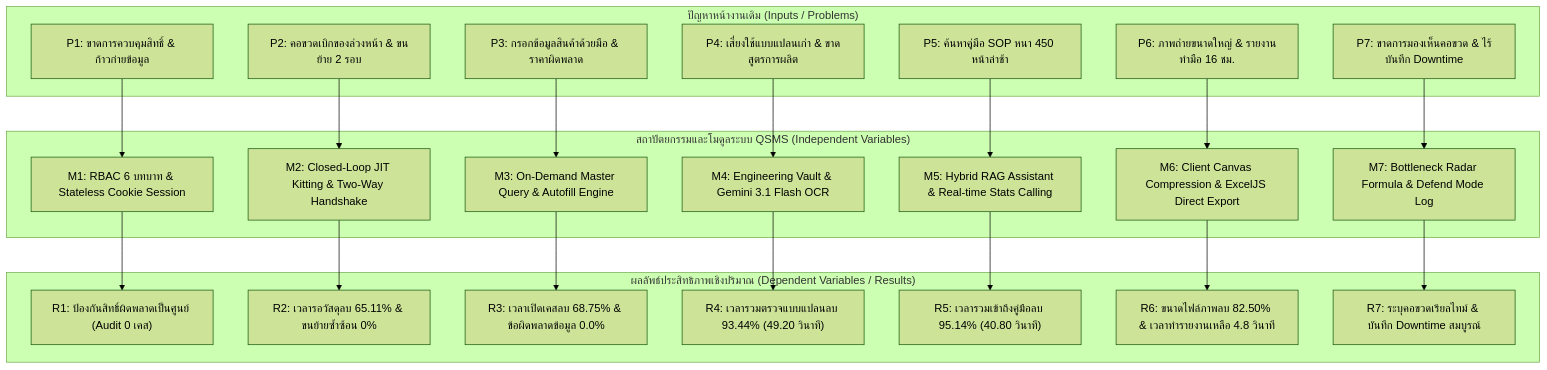
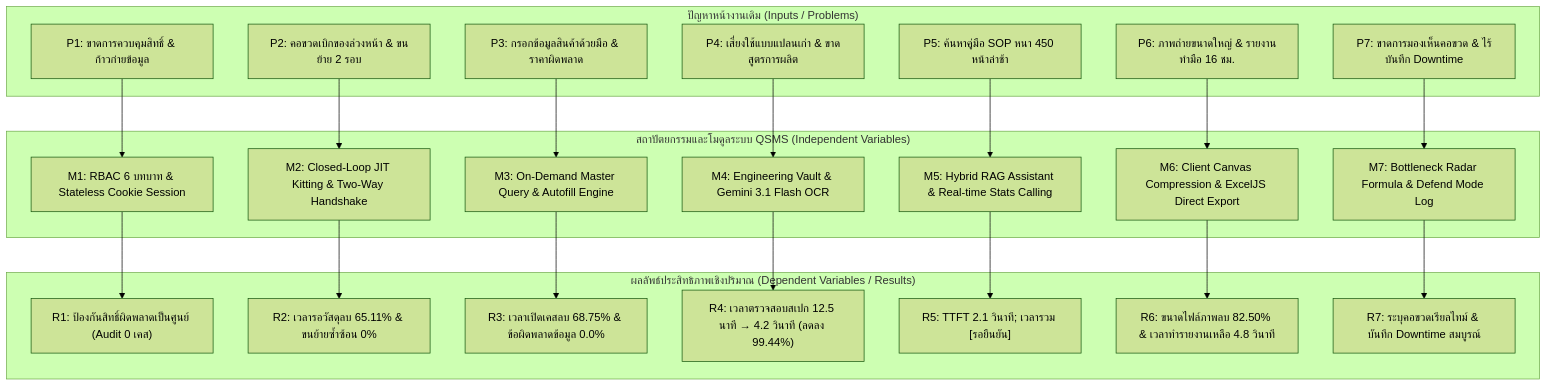
One commit to yean30102546-rgb/QSMS_project changed the first of 7 diagrams in thesis_agents/QSMS_Thesis_Complete_Document.md. Above: the diagram before and after it, drawn with Mermaid (forest theme). The commit also changed other lines of this file and 39 other files, not shown here.

````diff
--- a/thesis_agents/QSMS_Thesis_Complete_Document.md
+++ b/thesis_agents/QSMS_Thesis_Complete_Document.md
@@ -468,40 +479,40 @@
 ```mermaid
 graph TD
     subgraph Inputs["ปัญหาหน้างานเดิม (Inputs / Problems)"]
         In1["P1: ขาดการควบคุมสิทธิ์ & ก้าวก่ายข้อมูล"]
         In2["P2: คอขวดเบิกของล่วงหน้า & ขนย้าย 2 รอบ"]
         In3["P3: กรอกข้อมูลสินค้าด้วยมือ & ราคาผิดพลาด"]
         In4["P4: เสี่ยงใช้แบบแปลนเก่า & ขาดสูตรการผลิต"]
         In5["P5: ค้นหาคู่มือ SOP หนา 450 หน้าล่าช้า"]
         In6["P6: ภาพถ่ายขนาดใหญ่ & รายงานทำมือ 16 ชม."]
         In7["P7: ขาดการมองเห็นคอขวด & ไร้บันทึก Downtime"]
     end
 
     subgraph Process["สถาปัตยกรรมและโมดูลระบบ QSMS (Independent Variables)"]
         M1["M1: RBAC 6 บทบาท & Stateless Cookie Session"]
         M2["M2: Closed-Loop JIT Kitting & Two-Way Handshake"]
         M3["M3: On-Demand Master Query & Autofill Engine"]
         M4["M4: Engineering Vault & Gemini 3.1 Flash OCR"]
         M5["M5: Hybrid RAG Assistant & Real-time Stats Calling"]
         M6["M6: Client Canvas Compression & ExcelJS Direct Export"]
         M7["M7: Bottleneck Radar Formula & Defend Mode Log"]
     end
 
     subgraph Outputs["ผลลัพธ์ประสิทธิภาพเชิงปริมาณ (Dependent Variables / Results)"]
         Out1["R1: ป้องกันสิทธิ์ผิดพลาดเป็นศูนย์ (Audit 0 เคส)"]
         Out2["R2: เวลารอวัสดุลบ 65.11% & ขนย้ายซ้ำซ้อน 0%"]
         Out3["R3: เวลาเปิดเคสลบ 68.75% & ข้อผิดพลาดข้อมูล 0.0%"]
-        Out4["R4: เวลารวมตรวจแบบแปลนลบ 93.44% (49.20 วินาที)"]
-        Out5["R5: เวลารวมเข้าถึงคู่มือลบ 95.14% (40.80 วินาที)"]
+        Out4["R4: เวลาตรวจสอบสเปก 12.5 นาที → 4.2 วินาที (ลดลง 99.44%)"]
+        Out5["R5: TTFT 2.1 วินาที; เวลารวม [รอยืนยัน]"]
         Out6["R6: ขนาดไฟล์ภาพลบ 82.50% & เวลาทำรายงานเหลือ 4.8 วินาที"]
         Out7["R7: ระบุคอขวดเรียลไทม์ & บันทึก Downtime สมบูรณ์"]
     end
 
     In1 --> M1 --> Out1
     In2 --> M2 --> Out2
     In3 --> M3 --> Out3
     In4 --> M4 --> Out4
     In5 --> M5 --> Out5
     In6 --> M6 --> Out6
     In7 --> M7 --> Out7
 ```
````
